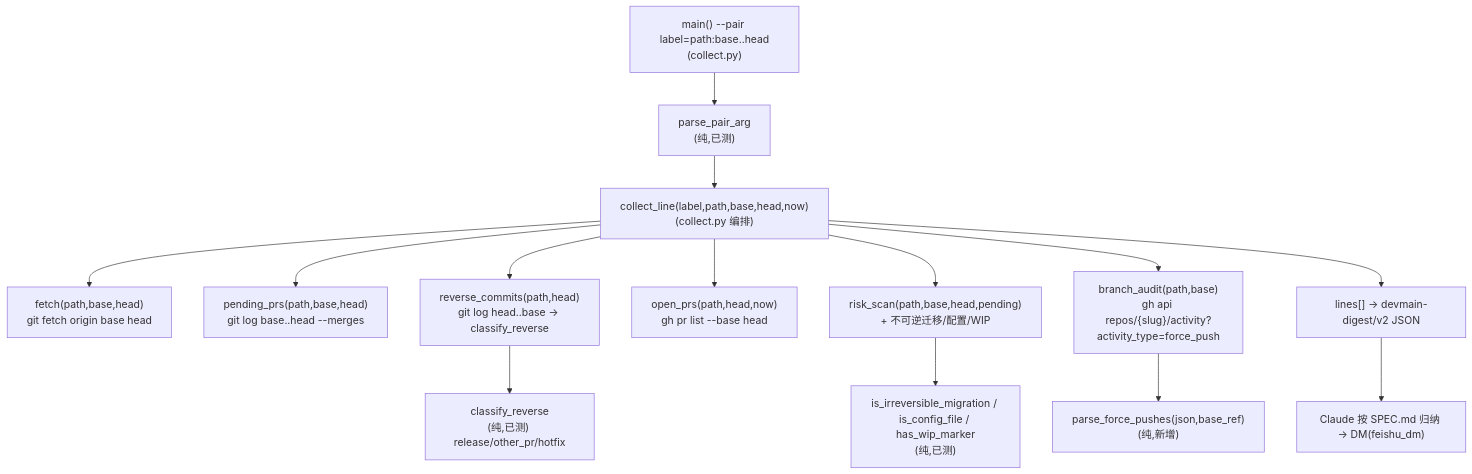
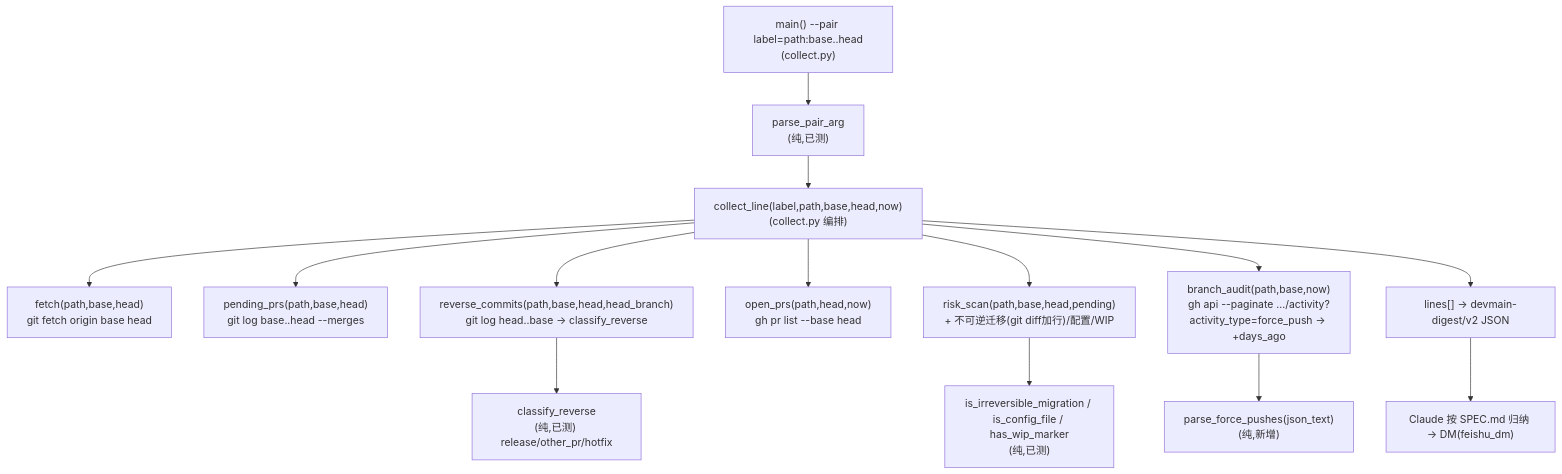
Before and after one commit to brookgao/nanoclaw: the diagram in docs/superpowers/plans/2026-07-16-devmain-brief-6dim.md, drawn with Mermaid. The commit also changed other lines of this file, not shown here.

Commit message:
docs(devmain-brief): plan round-4 清理陈旧文档(删矛盾git show注/同步签名)

````diff
--- a/docs/superpowers/plans/2026-07-16-devmain-brief-6dim.md
+++ b/docs/superpowers/plans/2026-07-16-devmain-brief-6dim.md
@@ -30,16 +30,16 @@
 ```mermaid
 flowchart TD
   CLI["main() --pair label=path:base..head<br/>(collect.py)"] --> PP["parse_pair_arg<br/>(纯,已测)"]
   PP --> CL["collect_line(label,path,base,head,now)<br/>(collect.py 编排)"]
   CL --> FET["fetch(path,base,head)<br/>git fetch origin base head"]
   CL --> PEND["pending_prs(path,base,head)<br/>git log base..head --merges"]
-  CL --> REV["reverse_commits(path,head)<br/>git log head..base → classify_reverse"]
+  CL --> REV["reverse_commits(path,base,head,head_branch)<br/>git log head..base → classify_reverse"]
   CL --> OPEN["open_prs(path,head,now)<br/>gh pr list --base head"]
-  CL --> RISK["risk_scan(path,base,head,pending)<br/>+ 不可逆迁移/配置/WIP"]
-  CL --> AUD["branch_audit(path,base)<br/>gh api repos/{slug}/activity?activity_type=force_push"]
-  AUD --> PFP["parse_force_pushes(json,base_ref)<br/>(纯,新增)"]
+  CL --> RISK["risk_scan(path,base,head,pending)<br/>+ 不可逆迁移(git diff加行)/配置/WIP"]
+  CL --> AUD["branch_audit(path,base,now)<br/>gh api --paginate .../activity?activity_type=force_push → +days_ago"]
+  AUD --> PFP["parse_force_pushes(json_text)<br/>(纯,新增)"]
   REV --> CR["classify_reverse<br/>(纯,已测) release/other_pr/hotfix"]
   RISK --> IM["is_irreversible_migration / is_config_file / has_wip_marker<br/>(纯,已测)"]
   CL --> DOC["lines[] → devmain-digest/v2 JSON"]
   DOC --> LLM["Claude 按 SPEC.md 归纳 → DM(feishu_dm)"]
 ```
````
